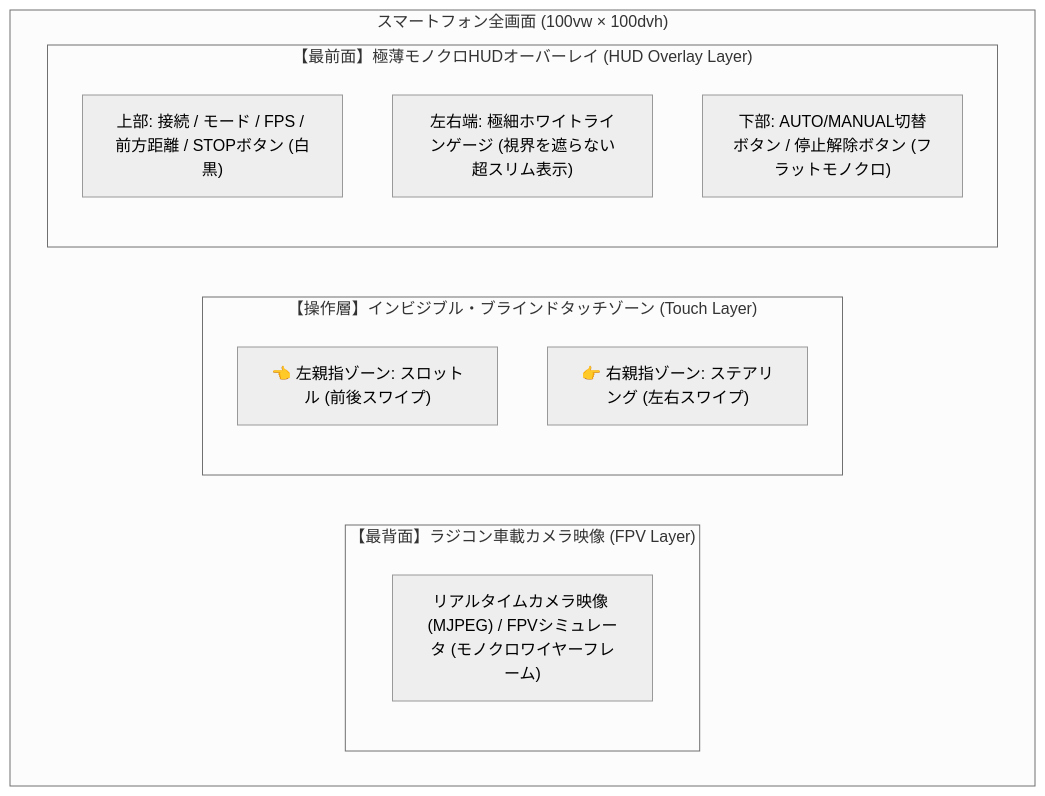
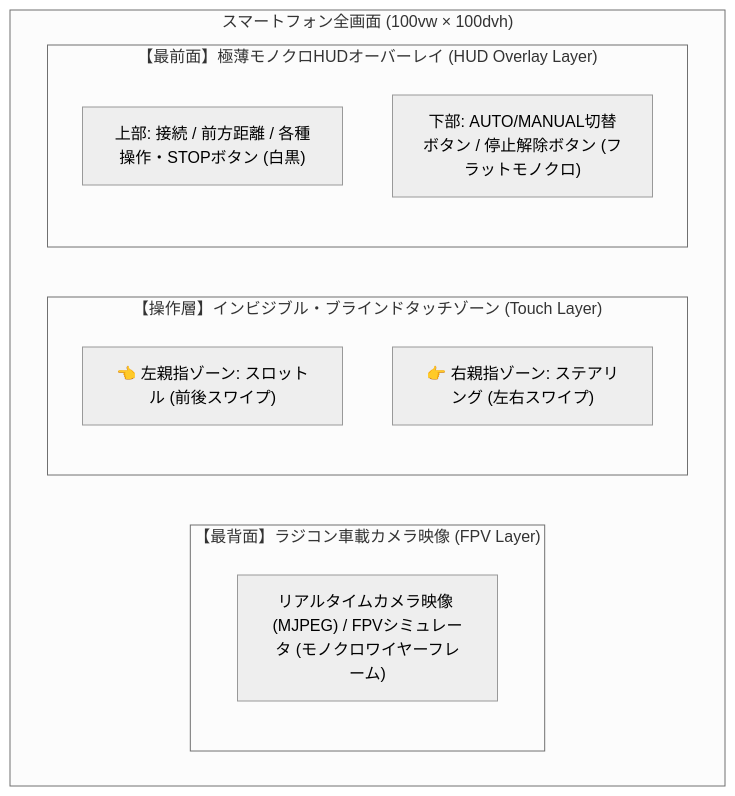
The first of 3 diagrams in docs/ui-spec.md (tut-cc/mini-4wd-webapp), drawn with Mermaid (neutral theme) before and after one commit. The commit also changed 4 other files, not shown here.

````diff
--- a/docs/ui-spec.md
+++ b/docs/ui-spec.md
@@ -11,17 +11,16 @@
 ```mermaid
 flowchart TB
     subgraph Viewport["スマートフォン全画面 (100vw × 100dvh)"]
         subgraph Layer1["【最背面】ラジコン車載カメラ映像 (FPV Layer)"]
             L1["リアルタイムカメラ映像 (MJPEG) / FPVシミュレータ (モノクロワイヤーフレーム)"]
         end
         subgraph Layer2["【操作層】インビジブル・ブラインドタッチゾーン (Touch Layer)"]
             L2A["👈 左親指ゾーン: スロットル (前後スワイプ)"]
             L2B["👉 右親指ゾーン: ステアリング (左右スワイプ)"]
         end
         subgraph Layer3["【最前面】極薄モノクロHUDオーバーレイ (HUD Overlay Layer)"]
-            L3A["上部: 接続 / モード / FPS / 前方距離 / STOPボタン (白黒)"]
-            L3B["左右端: 極細ホワイトラインゲージ (視界を遮らない超スリム表示)"]
+            L3A["上部: 接続 / 前方距離 / 各種操作・STOPボタン (白黒)"]
             L3C["下部: AUTO/MANUAL切替ボタン / 停止解除ボタン (フラットモノクロ)"]
         end
     end
 ```
````
